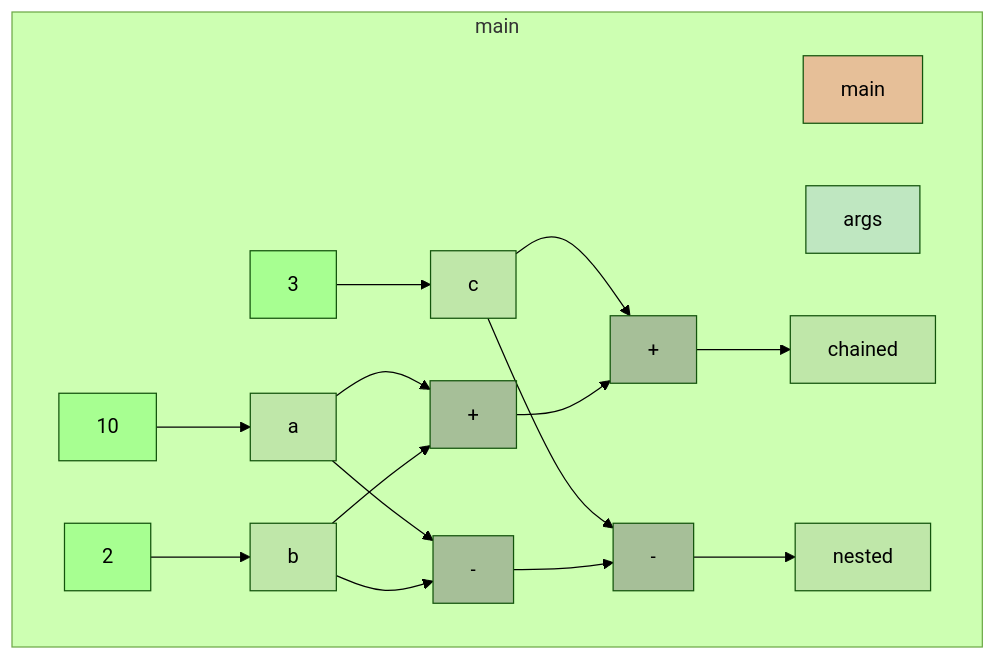
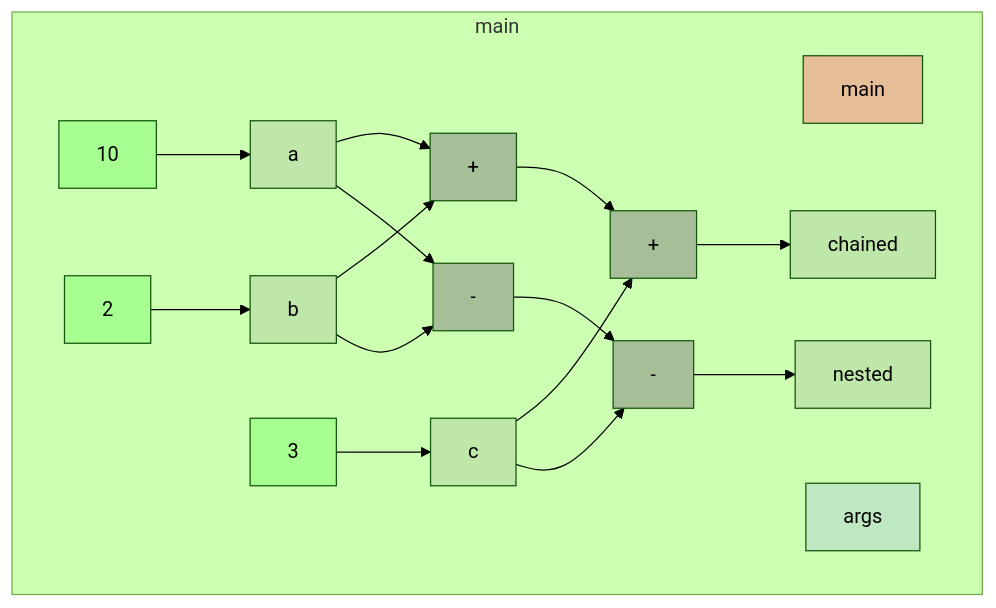
Before and after one commit to gstiebler/codeflow: the diagram in app/src/test/resources/chainedBinOp/truth.md, drawn with Mermaid (forest theme). The commit also changed 22 other files, not shown here.

````diff
--- a/app/src/test/resources/chainedBinOp/truth.md
+++ b/app/src/test/resources/chainedBinOp/truth.md
@@ -1,38 +1,38 @@
 ```mermaid
 flowchart TD
-  subgraph 4309014["main"]
-    -16442918472[nested]:::VARIABLE
-    56853577[main]:::RETURN
-    234649357[args]:::FUNC_PARAM
-    1389021585[a]:::VARIABLE
-    1389049586[b]:::VARIABLE
-    1389050536[10]:::LITERAL
-    1389053361[2]:::LITERAL
-    1389077472[c]:::VARIABLE
-    1389081247[3]:::LITERAL
-    1389110877[+]:::BIN_OP
-    1389110902[+]:::BIN_OP
-    1389142682[-]:::BIN_OP
-    1389142686[-]:::BIN_OP
-    13948707992[chained]:::VARIABLE
-    1389021585[a]:::VARIABLE --> 1389110877[+]:::BIN_OP
-    1389021585[a]:::VARIABLE --> 1389142682[-]:::BIN_OP
-    1389049586[b]:::VARIABLE --> 1389110877[+]:::BIN_OP
-    1389049586[b]:::VARIABLE --> 1389142682[-]:::BIN_OP
-    1389050536[10]:::LITERAL --> 1389021585[a]:::VARIABLE
-    1389053361[2]:::LITERAL --> 1389049586[b]:::VARIABLE
-    1389077472[c]:::VARIABLE --> 1389110902[+]:::BIN_OP
-    1389077472[c]:::VARIABLE --> 1389142686[-]:::BIN_OP
-    1389081247[3]:::LITERAL --> 1389077472[c]:::VARIABLE
-    1389110877[+]:::BIN_OP --> 1389110902[+]:::BIN_OP
-    1389110902[+]:::BIN_OP --> 13948707992[chained]:::VARIABLE
-    1389142682[-]:::BIN_OP --> 1389142686[-]:::BIN_OP
-    1389142686[-]:::BIN_OP --> -16442918472[nested]:::VARIABLE
+  subgraph b0["main"]
+    n1[main]:::RETURN
+    n2[args]:::FUNC_PARAM
+    n3[a]:::VARIABLE
+    n4[10]:::LITERAL
+    n5[b]:::VARIABLE
+    n6[2]:::LITERAL
+    n7[c]:::VARIABLE
+    n8[3]:::LITERAL
+    n9[chained]:::VARIABLE
+    n10[+]:::BIN_OP
+    n11[+]:::BIN_OP
+    n12[nested]:::VARIABLE
+    n13[-]:::BIN_OP
+    n14[-]:::BIN_OP
+    n3[a]:::VARIABLE --> n10[+]:::BIN_OP
+    n3[a]:::VARIABLE --> n13[-]:::BIN_OP
+    n4[10]:::LITERAL --> n3[a]:::VARIABLE
+    n5[b]:::VARIABLE --> n10[+]:::BIN_OP
+    n5[b]:::VARIABLE --> n13[-]:::BIN_OP
+    n6[2]:::LITERAL --> n5[b]:::VARIABLE
+    n7[c]:::VARIABLE --> n11[+]:::BIN_OP
+    n7[c]:::VARIABLE --> n14[-]:::BIN_OP
+    n8[3]:::LITERAL --> n7[c]:::VARIABLE
+    n10[+]:::BIN_OP --> n11[+]:::BIN_OP
+    n11[+]:::BIN_OP --> n9[chained]:::VARIABLE
+    n13[-]:::BIN_OP --> n14[-]:::BIN_OP
+    n14[-]:::BIN_OP --> n12[nested]:::VARIABLE
   end
   classDef LITERAL fill:#00FF0030
   classDef VARIABLE fill:#80808030
   classDef BIN_OP fill:#80808080
   classDef FUNC_PARAM fill:#8080FF30
   classDef RETURN fill:#FF808080
   classDef EXTERNAL fill:#FFA50040
 ```
````
